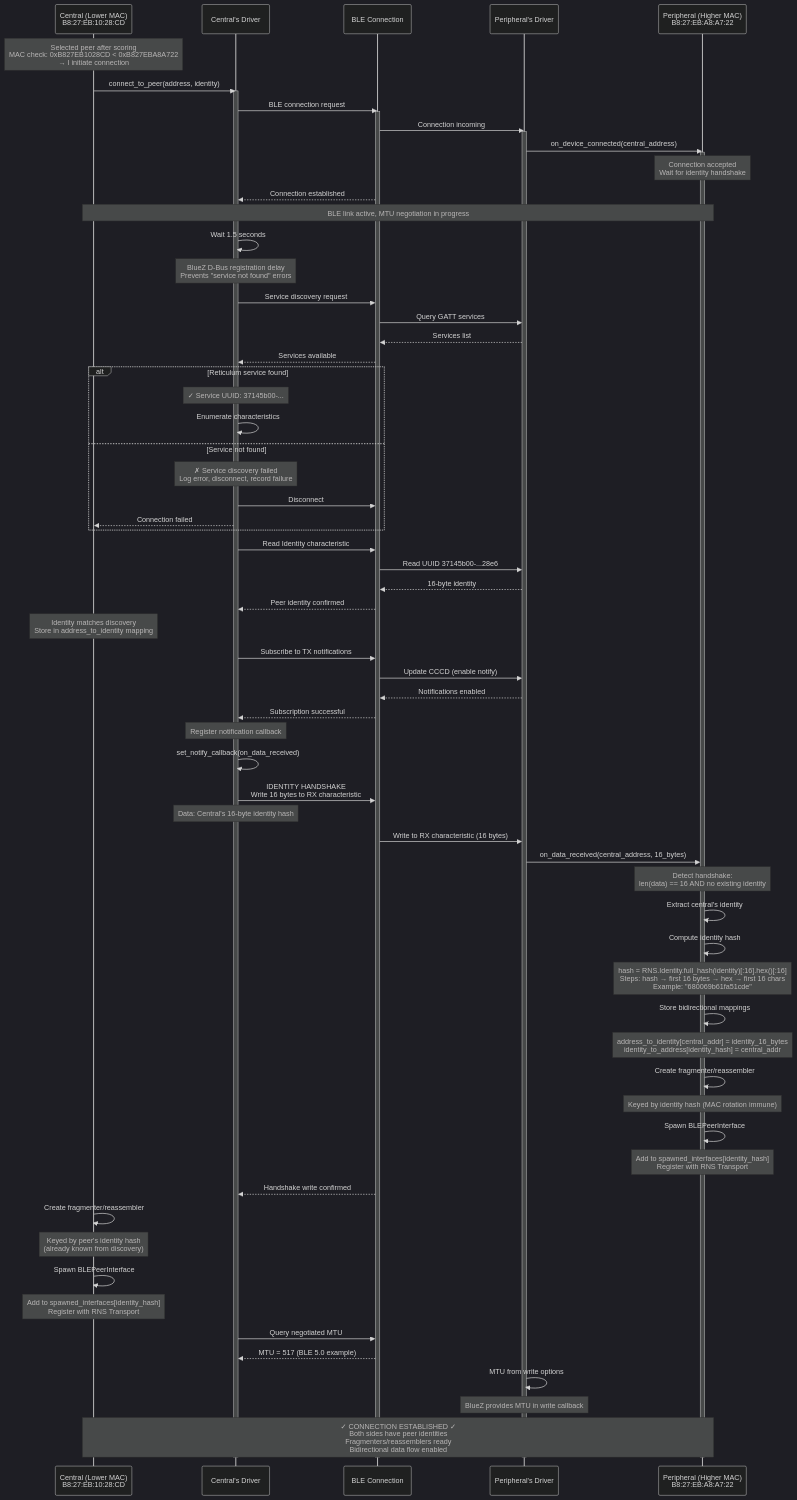
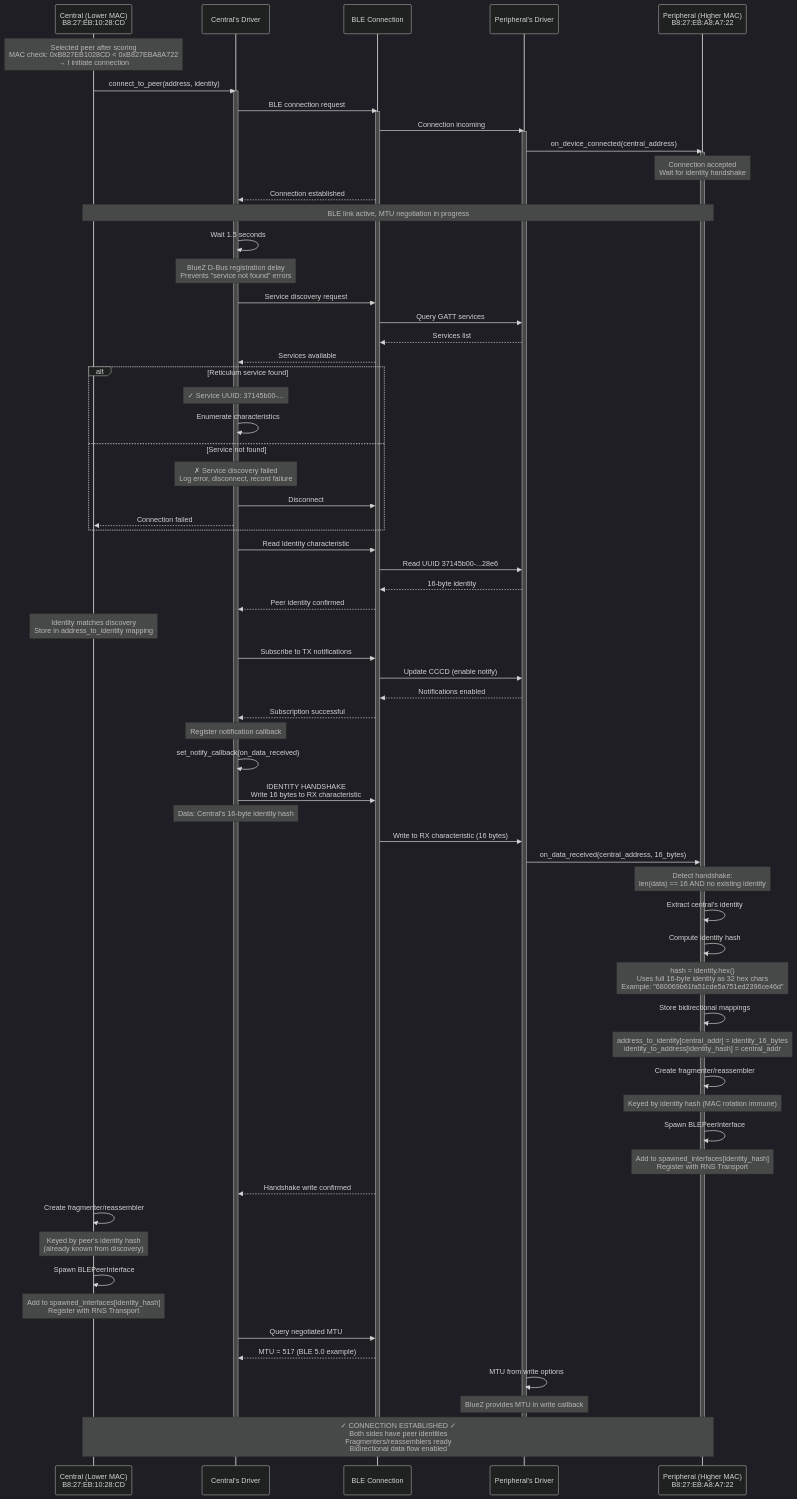
One commit to torlando-tech/ble-reticulum changed the third of 5 diagrams in BLE_PROTOCOL_v2.2.md. Above: the diagram before and after it, drawn with Mermaid (dark theme). The commit also changed other lines of this file and 4 other files, not shown here.

```diff
--- a/BLE_PROTOCOL_v2.2.md
+++ b/BLE_PROTOCOL_v2.2.md
@@ -1583,7 +1571,7 @@
 
     Peripheral->>Peripheral: Extract central's identity
     Peripheral->>Peripheral: Compute identity hash
-    Note over Peripheral: hash = RNS.Identity.full_hash(identity)[:16].hex()[:16]<br/>Steps: hash → first 16 bytes → hex → first 16 chars<br/>Example: "680069b61fa51cde"
+    Note over Peripheral: hash = identity.hex()<br/>Uses full 16-byte identity as 32 hex chars<br/>Example: "680069b61fa51cde5a751ed2396ce46d"
 
     Peripheral->>Peripheral: Store bidirectional mappings
     Note over Peripheral: address_to_identity[central_addr] = identity_16_bytes<br/>identity_to_address[identity_hash] = central_addr
```
